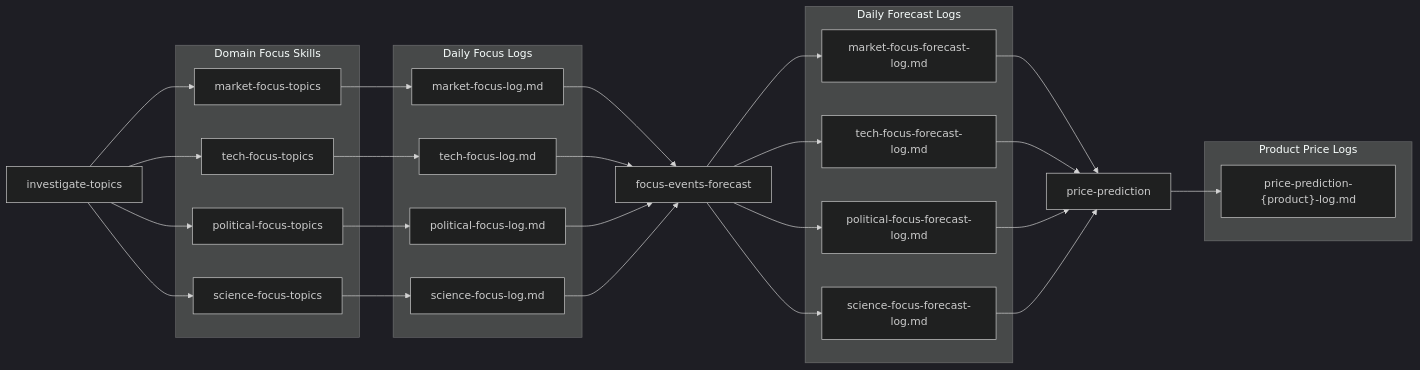
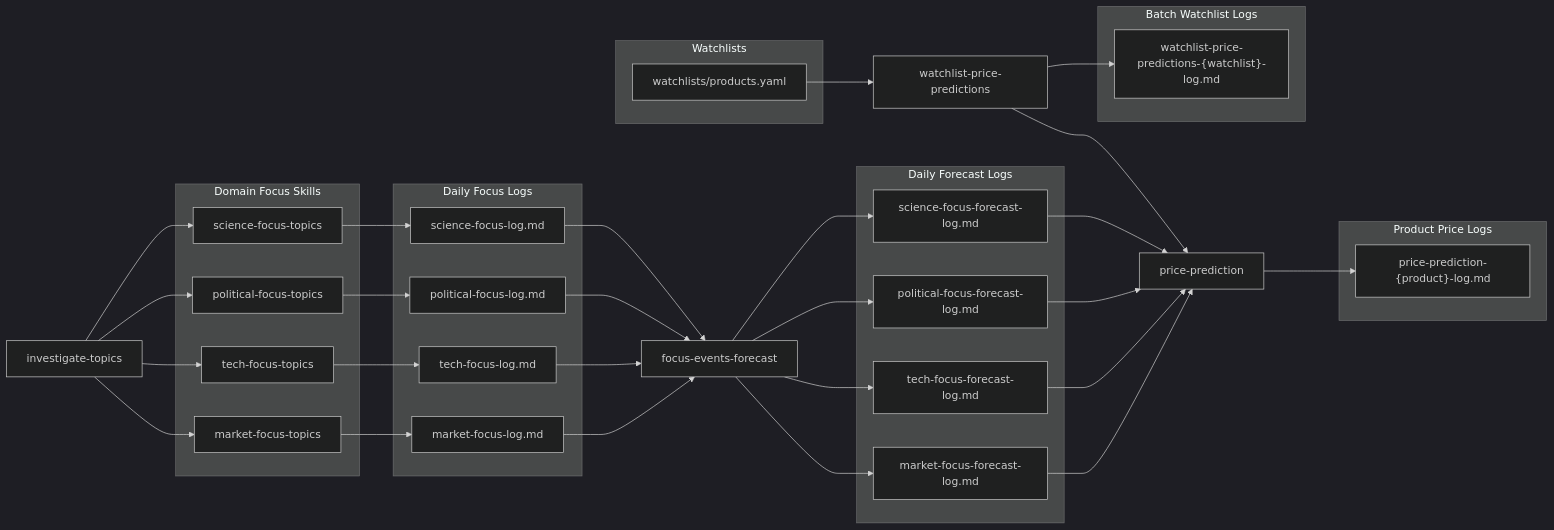
One commit to jhpeng/finance changed the diagram in README.md. Above: the diagram before and after it, drawn with Mermaid (dark theme). The commit also changed other lines of this file and 3 other files, not shown here.

Commit message:
Add watchlist price prediction skill and supporting scripts for batch forecasting

````diff
--- a/README.md
+++ b/README.md
@@ -81,58 +85,70 @@
 ```mermaid
 flowchart LR
   subgraph DomainSkills["Domain Focus Skills"]
     M["market-focus-topics"]
     T["tech-focus-topics"]
     P["political-focus-topics"]
     S["science-focus-topics"]
   end
 
   I["investigate-topics"]
   F["focus-events-forecast"]
   PP["price-prediction"]
+  WPP["watchlist-price-predictions"]
 
   subgraph FocusLogs["Daily Focus Logs"]
     ML["market-focus-log.md"]
     TL["tech-focus-log.md"]
     PL["political-focus-log.md"]
     SL["science-focus-log.md"]
   end
 
   subgraph ForecastLogs["Daily Forecast Logs"]
     MFL["market-focus-forecast-log.md"]
     TFL["tech-focus-forecast-log.md"]
     PFL["political-focus-forecast-log.md"]
     SFL["science-focus-forecast-log.md"]
   end
 
+  subgraph Watchlists["Watchlists"]
+    WL["watchlists/products.yaml"]
+  end
+
   subgraph ProductLogs["Product Price Logs"]
     PRL["price-prediction-{product}-log.md"]
+  end
+
+  subgraph BatchLogs["Batch Watchlist Logs"]
+    WBL["watchlist-price-predictions-{watchlist}-log.md"]
   end
 
   I --> M
   I --> T
   I --> P
   I --> S
 
   M --> ML
   T --> TL
   P --> PL
   S --> SL
 
   ML --> F
   TL --> F
   PL --> F
   SL --> F
 
   F --> MFL
   F --> TFL
   F --> PFL
   F --> SFL
 
   MFL --> PP
   TFL --> PP
   PFL --> PP
   SFL --> PP
 
+  WL --> WPP
+  WPP --> PP
   PP --> PRL
+  WPP --> WBL
 ```
````
